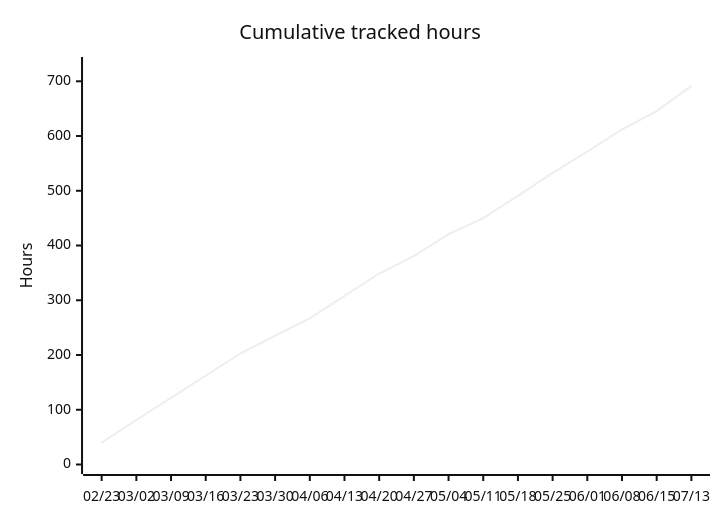
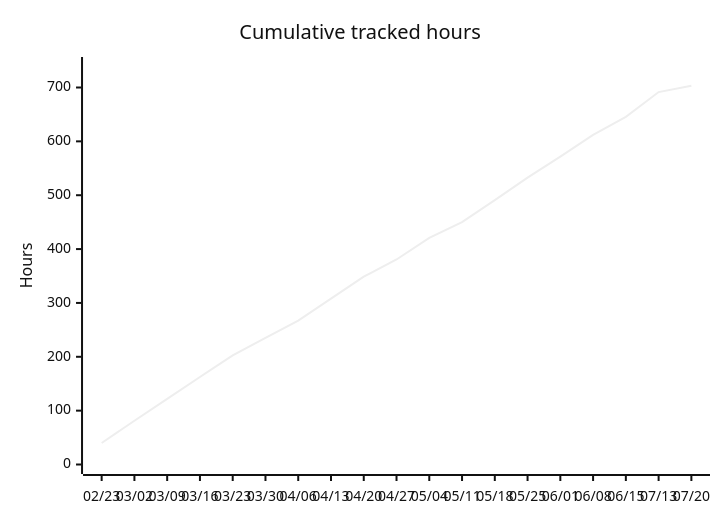
The fifth of 5 diagrams in README.org (albinforsberg-netizen/timeclock), drawn with Mermaid (neutral theme) before and after one commit. The commit also changed other lines of this file, not shown here.

```diff
--- a/README.org
+++ b/README.org
@@ -127,7 +127,7 @@
 #+begin_src mermaid
 xychart-beta
     title "Cumulative tracked hours"
-    x-axis ["02/23", "03/02", "03/09", "03/16", "03/23", "03/30", "04/06", "04/13", "04/20", "04/27", "05/04", "05/11", "05/18", "05/25", "06/01", "06/08", "06/15", "07/13"]
-    y-axis "Hours" 0 --> 727
-    line [40.00, 81.25, 121.75, 162.50, 202.75, 235.19, 267.03, 308.11, 348.83, 380.71, 420.81, 450.20, 490.81, 532.57, 571.50, 612.14, 645.42, 691.53]
+    x-axis ["02/23", "03/02", "03/09", "03/16", "03/23", "03/30", "04/06", "04/13", "04/20", "04/27", "05/04", "05/11", "05/18", "05/25", "06/01", "06/08", "06/15", "07/13", "07/20"]
+    y-axis "Hours" 0 --> 739
+    line [40.00, 81.25, 121.75, 162.50, 202.75, 235.19, 267.03, 308.11, 348.83, 380.71, 420.81, 450.20, 490.81, 532.57, 571.50, 612.14, 645.42, 691.53, 703.18]
 #+end_src
```
